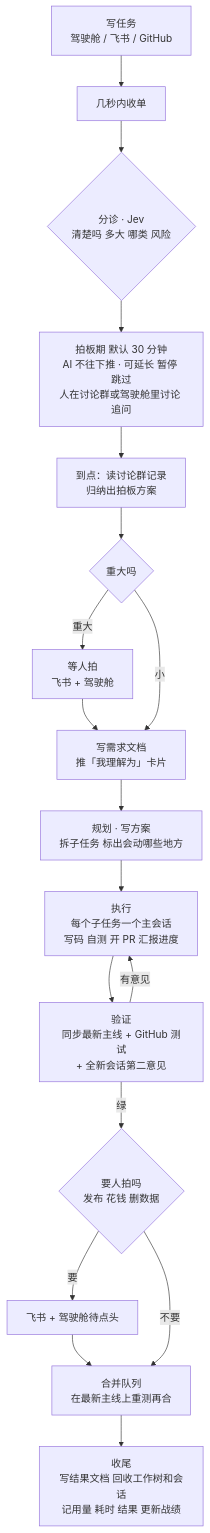
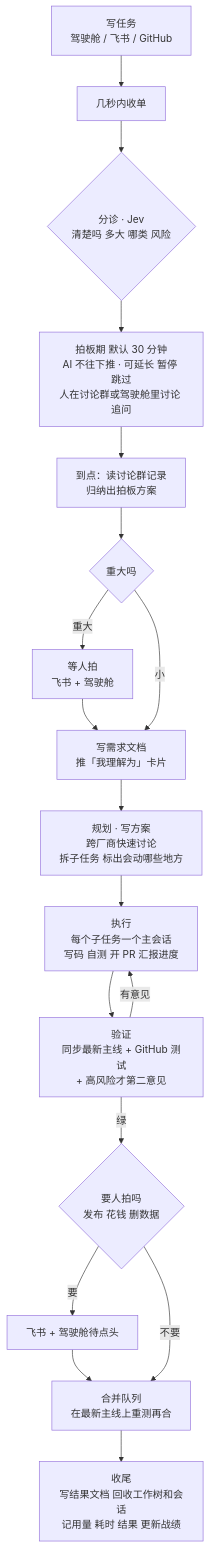
One commit to thoerwink8/fleet-dao changed the second of 2 diagrams in docs/design.md. Above: the diagram before and after it, drawn with Mermaid. The commit also changed other lines of this file and 5 other files, not shown here.

````diff
--- a/docs/design.md
+++ b/docs/design.md
@@ -173,18 +173,18 @@
 ```mermaid
 flowchart TD
   N[写任务<br/>驾驶舱 / 飞书 / GitHub] --> R[几秒内收单]
   R --> TR{分诊 · Jev<br/>清楚吗 多大 哪类 风险}
   TR --> W[拍板期 默认 30 分钟<br/>AI 不往下推 · 可延长 暂停 跳过<br/>人在讨论群或驾驶舱里讨论 追问]
   W --> SUM[到点：读讨论群记录<br/>归纳出拍板方案]
   SUM --> BIG{重大吗}
   BIG -- 重大 --> HB[等人拍<br/>飞书 + 驾驶舱] --> S
   BIG -- 小 --> S[写需求文档<br/>推「我理解为」卡片]
-  S --> P[规划 · 写方案<br/>拆子任务 标出会动哪些地方]
+  S --> P[规划 · 写方案<br/>跨厂商快速讨论<br/>拆子任务 标出会动哪些地方]
   P --> X[执行<br/>每个子任务一个主会话<br/>写码 自测 开 PR 汇报进度]
-  X --> V[验证<br/>同步最新主线 + GitHub 测试<br/>+ 全新会话第二意见]
+  X --> V[验证<br/>同步最新主线 + GitHub 测试<br/>+ 高风险才第二意见]
   V -- 有意见 --> X
   V -- 绿 --> G{要人拍吗<br/>发布 花钱 删数据}
   G -- 要 --> HN[飞书 + 驾驶舱待点头] --> MQ
   G -- 不要 --> MQ[合并队列<br/>在最新主线上重测再合]
   MQ --> C[收尾<br/>写结果文档 回收工作树和会话<br/>记用量 耗时 结果 更新战绩]
 ```
````
